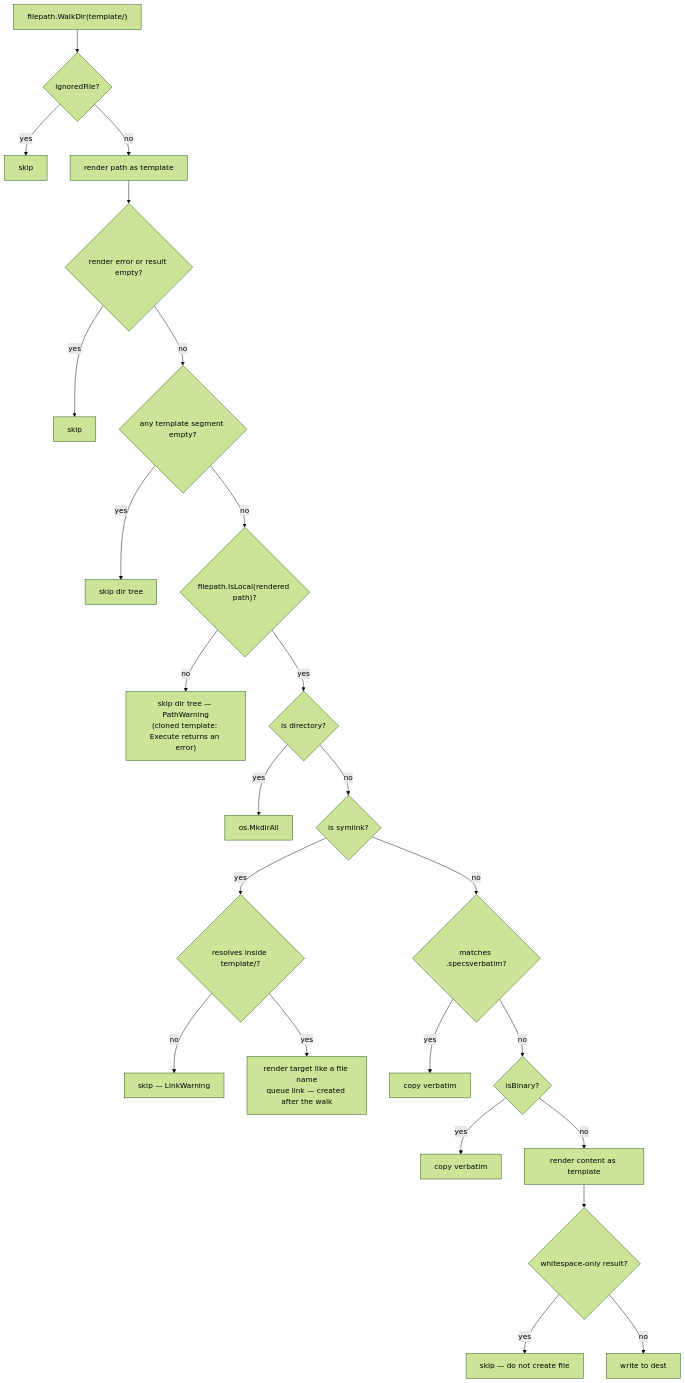
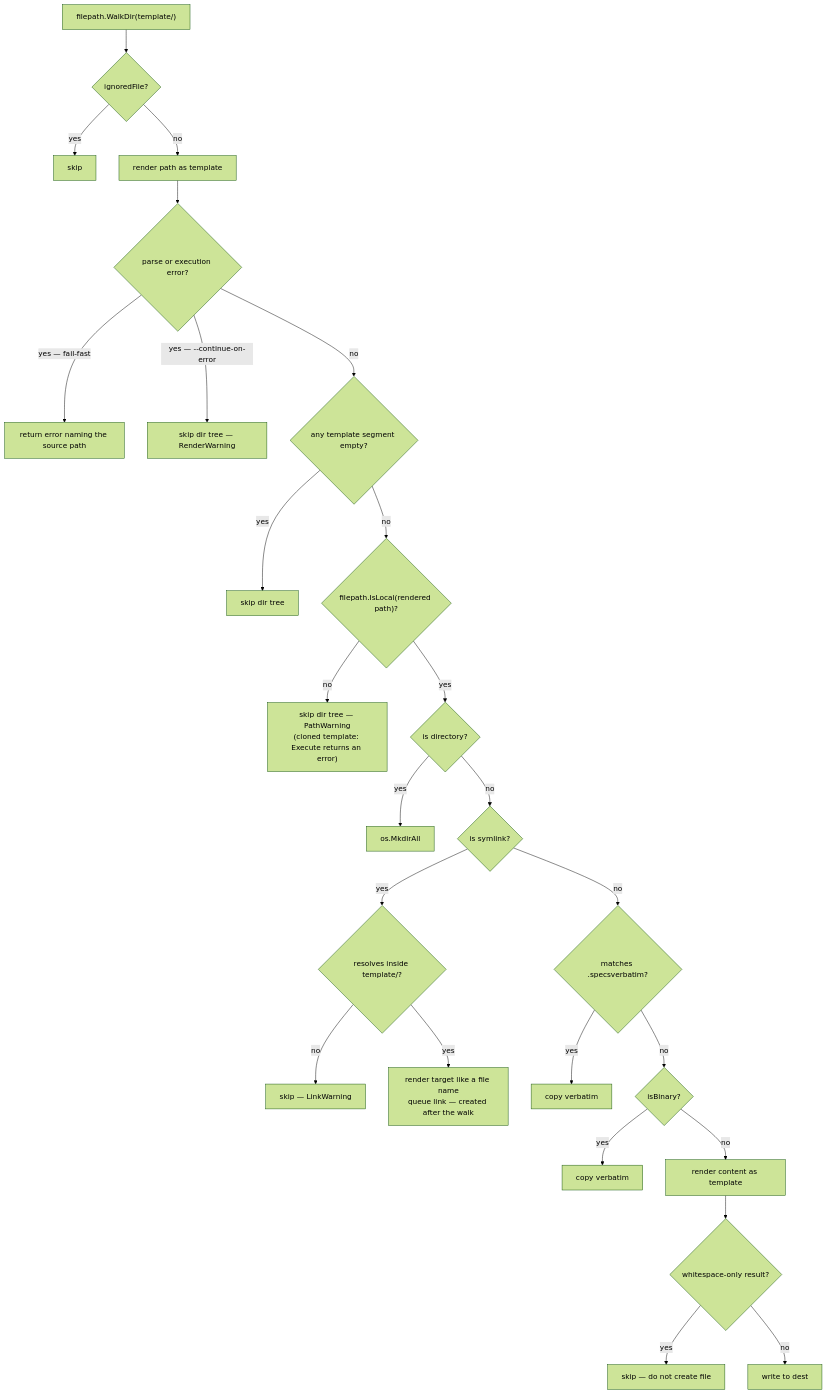
One commit to specsnl/specs-cli changed the third of 4 diagrams in docs/content/docs/architecture/overview.md. Above: the diagram before and after it, drawn with Mermaid (forest theme). The commit also changed 4 other files, not shown here.

Commit message:
docs: describe name render errors failing fast (GH-186)

````diff
--- a/docs/content/docs/architecture/overview.md
+++ b/docs/content/docs/architecture/overview.md
@@ -237,26 +237,27 @@
 ```mermaid
 flowchart TD
     A["filepath.WalkDir(template/)"] --> B{ignoredFile?}
     B -->|yes| Skip1[skip]
     B -->|no| C[render path as template]
-    C --> D{render error or result empty?}
-    D -->|yes| Skip2[skip]
+    C --> D{parse or execution error?}
+    D -->|"yes — fail-fast"| Abort0[return error naming the source path]
+    D -->|"yes — --continue-on-error"| Skip2["skip dir tree — RenderWarning"]
     D -->|no| E{any template segment empty?}
     E -->|yes| Skip3[skip dir tree]
     E -->|no| P{"filepath.IsLocal(rendered path)?"}
     P -->|no| Skip6["skip dir tree — PathWarning\n(cloned template: Execute returns an error)"]
     P -->|yes| F{is directory?}
     F -->|yes| Mkdir[os.MkdirAll]
     F -->|no| L{is symlink?}
     L -->|yes| L1{resolves inside template/?}
     L1 -->|no| Skip5[skip — LinkWarning]
     L1 -->|yes| L2["render target like a file name\nqueue link — created after the walk"]
     L -->|no| G{matches .specsverbatim?}
     G -->|yes| Copy1[copy verbatim]
     G -->|no| H{isBinary?}
     H -->|yes| Copy2[copy verbatim]
     H -->|no| I[render content as template]
     I --> J{whitespace-only result?}
     J -->|yes| Skip4[skip — do not create file]
     J -->|no| Write[write to dest]
 ```
````
